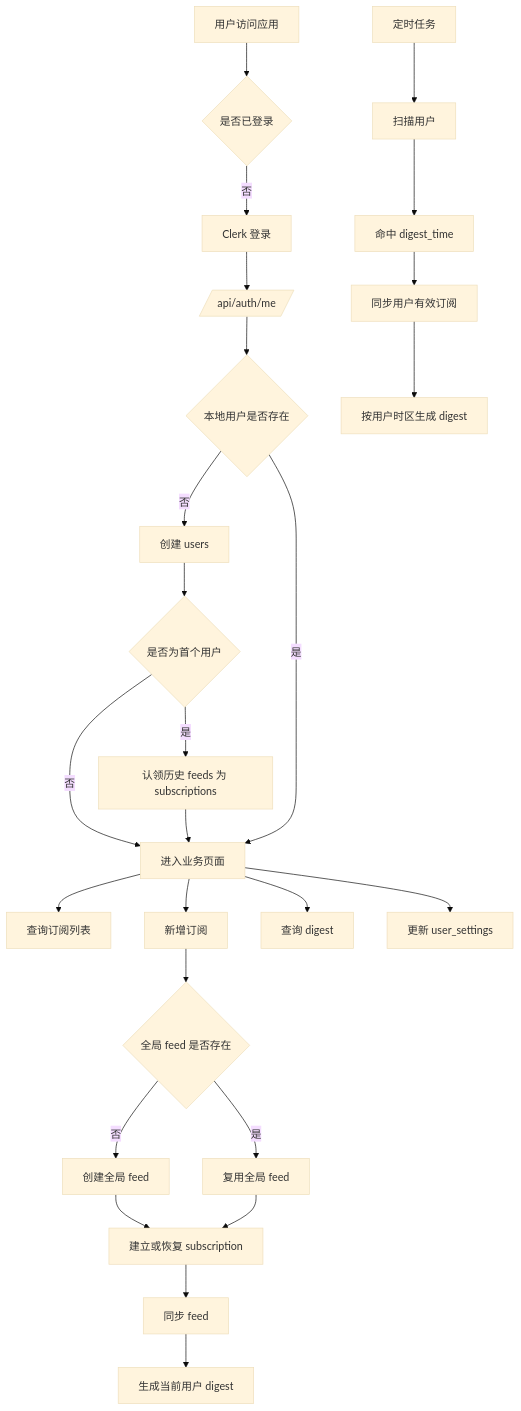
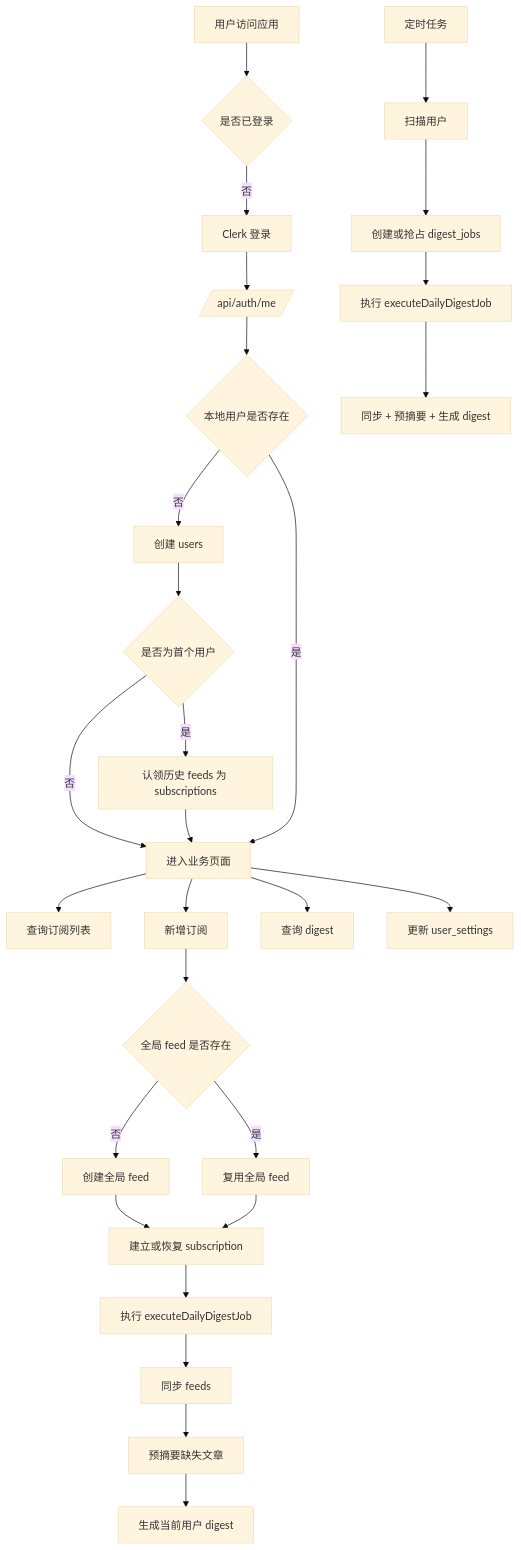
One commit to nexteacc/digestdesk changed the second of 2 diagrams in docs/MULTI_TENANT_ARCHITECTURE.md. Above: the diagram before and after it, drawn with Mermaid (base theme). The commit also changed other lines of this file and 12 other files, not shown here.

````diff
--- a/docs/MULTI_TENANT_ARCHITECTURE.md
+++ b/docs/MULTI_TENANT_ARCHITECTURE.md
@@ -557,31 +564,33 @@
 ```mermaid
 flowchart TD
     A[用户访问应用] --> B{是否已登录}
     B -- 否 --> C[Clerk 登录]
     C --> D[/api/auth/me/]
     D --> E{本地用户是否存在}
     E -- 否 --> F[创建 users]
     F --> G{是否为首个用户}
     G -- 是 --> H[认领历史 feeds 为 subscriptions]
     G -- 否 --> I[进入业务页面]
     H --> I
     E -- 是 --> I
 
     I --> J[查询订阅列表]
     I --> K[新增订阅]
     K --> L{全局 feed 是否存在}
     L -- 否 --> M[创建全局 feed]
     L -- 是 --> N[复用全局 feed]
     M --> O[建立或恢复 subscription]
     N --> O
-    O --> P[同步 feed]
-    P --> Q[生成当前用户 digest]
+    O --> P[执行 executeDailyDigestJob]
+    P --> Q[同步 feeds]
+    Q --> R0[预摘要缺失文章]
+    R0 --> Q0[生成当前用户 digest]
 
     I --> R[查询 digest]
     I --> S[更新 user_settings]
 
     T[定时任务] --> U[扫描用户]
-    U --> V[命中 digest_time]
-    V --> W[同步用户有效订阅]
-    W --> X[按用户时区生成 digest]
+    U --> V[创建或抢占 digest_jobs]
+    V --> W[执行 executeDailyDigestJob]
+    W --> X[同步 + 预摘要 + 生成 digest]
 ```
````
